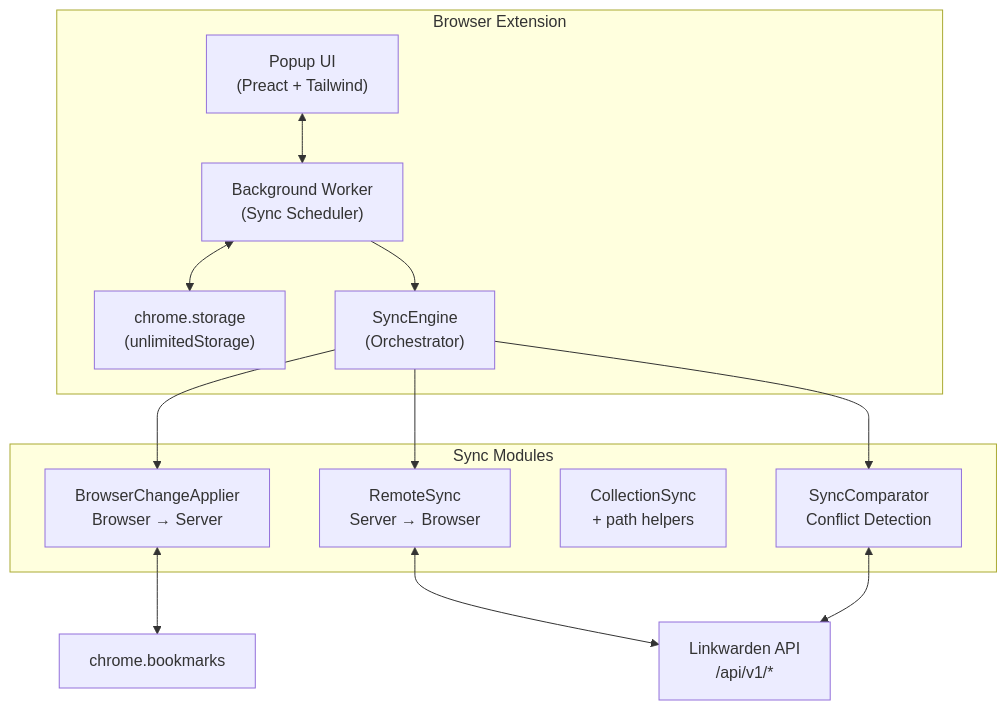
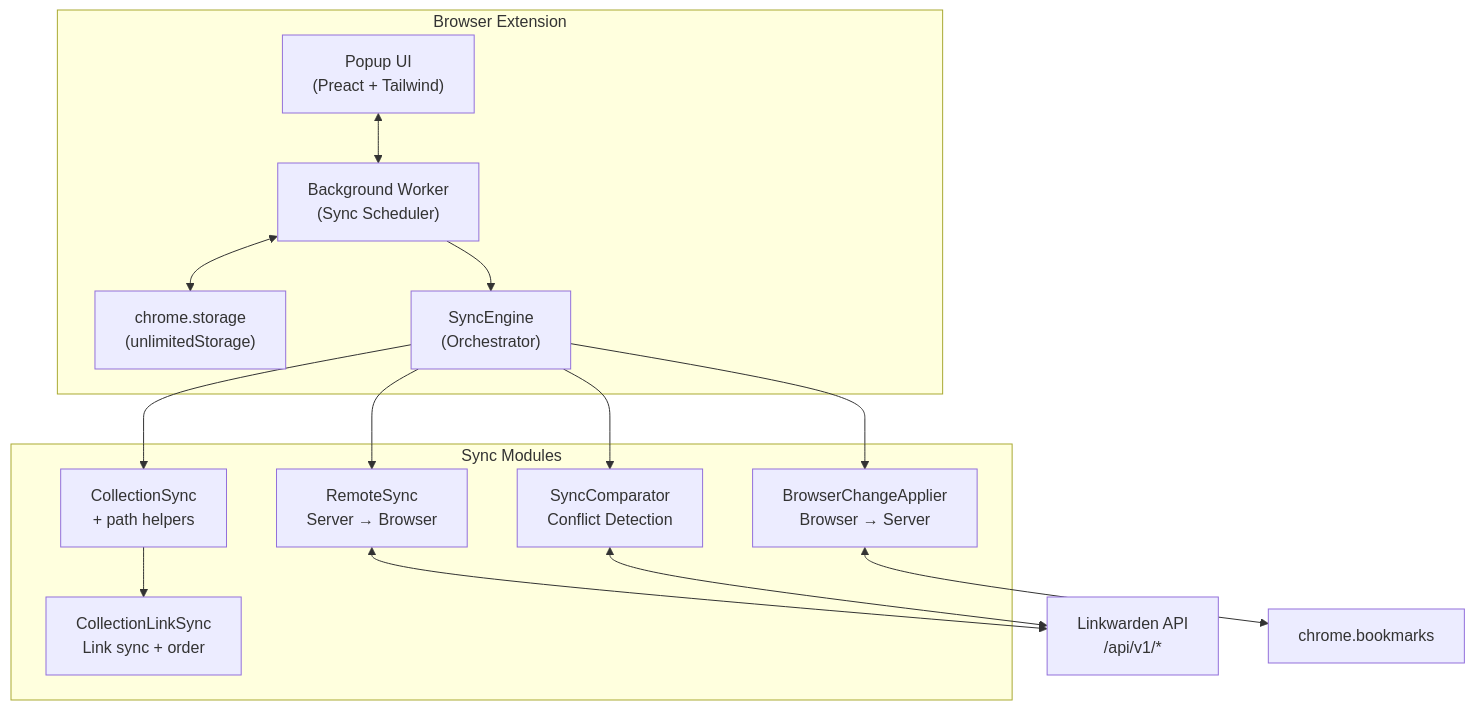
The first of 7 diagrams in DESIGN.md (WombatFromHell/lwsync), drawn with Mermaid before and after one commit. The commit also changed other lines of this file and 55 other files, not shown here.

````diff
--- a/DESIGN.md
+++ b/DESIGN.md
@@ -11,29 +11,32 @@
 ```mermaid
 flowchart TB
     subgraph Extension["Browser Extension"]
         UI["Popup UI<br/>(Preact + Tailwind)"]
         BG["Background Worker<br/>(Sync Scheduler)"]
         Storage["chrome.storage<br/>(unlimitedStorage)"]
         Engine["SyncEngine<br/>(Orchestrator)"]
     end
     
     subgraph Sync["Sync Modules"]
         Browser["BrowserChangeApplier<br/>Browser → Server"]
         Remote["RemoteSync<br/>Server → Browser"]
         Collection["CollectionSync<br/>+ path helpers"]
+        Links["CollectionLinkSync<br/>Link sync + order"]
         Comparator["SyncComparator<br/>Conflict Detection"]
     end
     
     API["Linkwarden API<br/>/api/v1/*"]
     Bookmarks["chrome.bookmarks"]
     
     UI <--> BG
     BG <--> Storage
     BG --> Engine
     Engine --> Browser
     Engine --> Remote
+    Engine --> Collection
+    Collection --> Links
     Engine --> Comparator
     Browser <--> Bookmarks
     Remote <--> API
     Comparator <--> API
 ```
````
